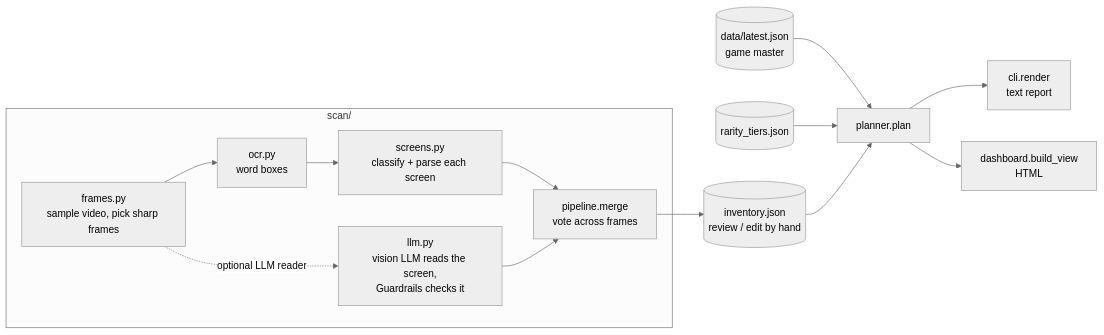
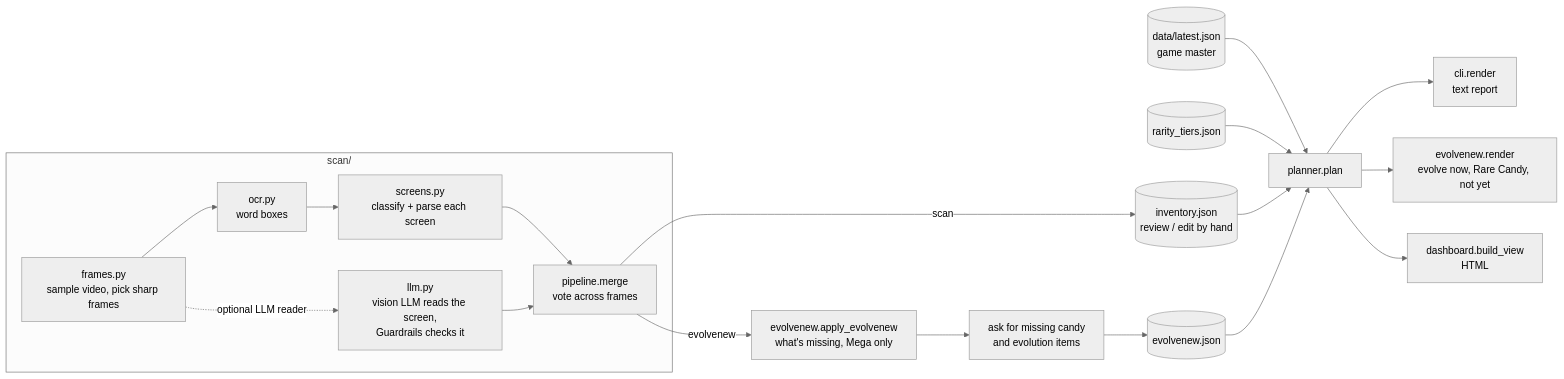
The first of 5 diagrams in docs/ARCHITECTURE.md (kaustubhagarwal18/pogo-evo-planner), drawn with Mermaid (neutral theme) before and after one commit. The commit also changed other lines of this file and 12 other files, not shown here.

````diff
--- a/docs/ARCHITECTURE.md
+++ b/docs/ARCHITECTURE.md
@@ -7,16 +14,21 @@
 ```mermaid
 flowchart LR
     subgraph scan["scan/"]
         F[frames.py<br/>sample video, pick sharp frames] --> O[ocr.py<br/>word boxes]
         O --> S[screens.py<br/>classify + parse each screen]
         S --> M[pipeline.merge<br/>vote across frames]
         F -.->|optional LLM reader| L[llm.py<br/>vision LLM reads the screen,<br/>Guardrails checks it]
         L --> M
     end
-    M --> J[(inventory.json<br/>review / edit by hand)]
+    M -->|scan| J[(inventory.json<br/>review / edit by hand)]
+    M -->|evolvenew| E[evolvenew.apply_evolvenew<br/>what's missing, Mega only]
+    E --> Q[ask for missing candy<br/>and evolution items]
+    Q --> EJ[(evolvenew.json)]
     G[(data/latest.json<br/>game master)] --> P
     T[(rarity_tiers.json)] --> P
     J --> P[planner.plan]
+    EJ --> P
     P --> R[cli.render<br/>text report]
+    P --> ER[evolvenew.render<br/>evolve now, Rare Candy, not yet]
     P --> D[dashboard.build_view<br/>HTML]
 ```
````
